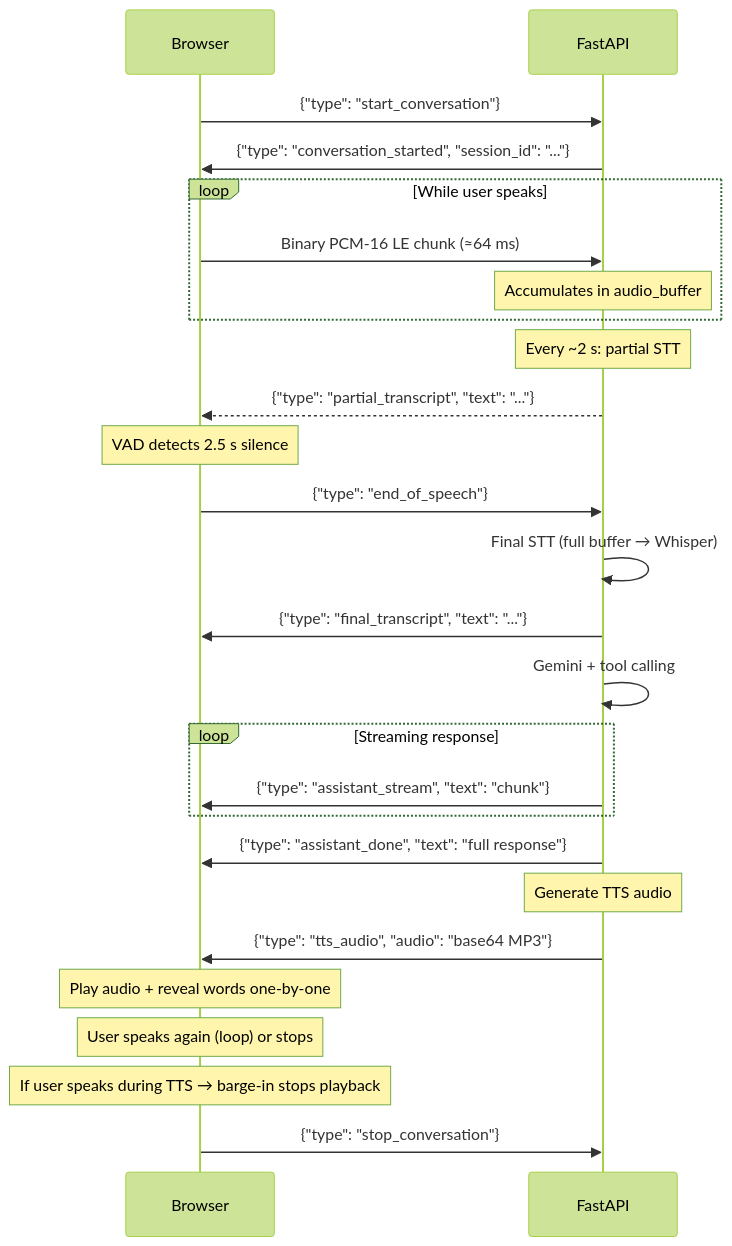
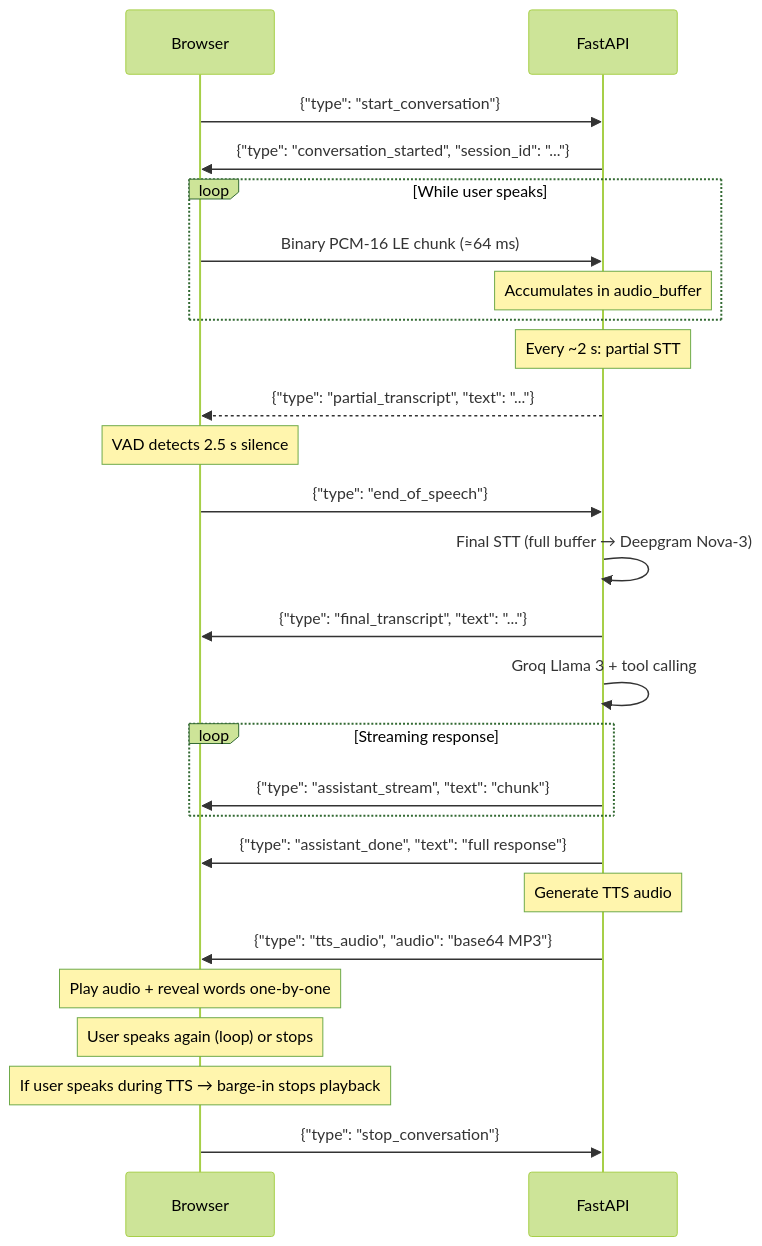
The second of 5 diagrams in Readme.md (charanp2006/demo-voice-agent), drawn with Mermaid (forest theme) before and after one commit. The commit also changed other lines of this file and 8 other files, not shown here.

````diff
--- a/Readme.md
+++ b/Readme.md
@@ -83,34 +83,34 @@
 ```mermaid
 sequenceDiagram
   participant C as Browser
   participant S as FastAPI
 
   C->>S: {"type": "start_conversation"}
   S->>C: {"type": "conversation_started", "session_id": "..."}
 
   loop While user speaks
     C->>S: Binary PCM-16 LE chunk (≈64 ms)
     Note over S: Accumulates in audio_buffer
   end
 
   Note over S: Every ~2 s: partial STT
   S-->>C: {"type": "partial_transcript", "text": "..."}
 
   Note over C: VAD detects 2.5 s silence
   C->>S: {"type": "end_of_speech"}
-  S->>S: Final STT (full buffer → Whisper)
+  S->>S: Final STT (full buffer → Deepgram Nova-3)
   S->>C: {"type": "final_transcript", "text": "..."}
-  S->>S: Gemini + tool calling
+  S->>S: Groq Llama 3 + tool calling
   loop Streaming response
     S->>C: {"type": "assistant_stream", "text": "chunk"}
   end
   S->>C: {"type": "assistant_done", "text": "full response"}
 
   Note over S: Generate TTS audio
   S->>C: {"type": "tts_audio", "audio": "base64 MP3"}
   Note over C: Play audio + reveal words one-by-one
 
   Note over C: User speaks again (loop) or stops
   Note over C: If user speaks during TTS → barge-in stops playback
   C->>S: {"type": "stop_conversation"}
 ```
````
